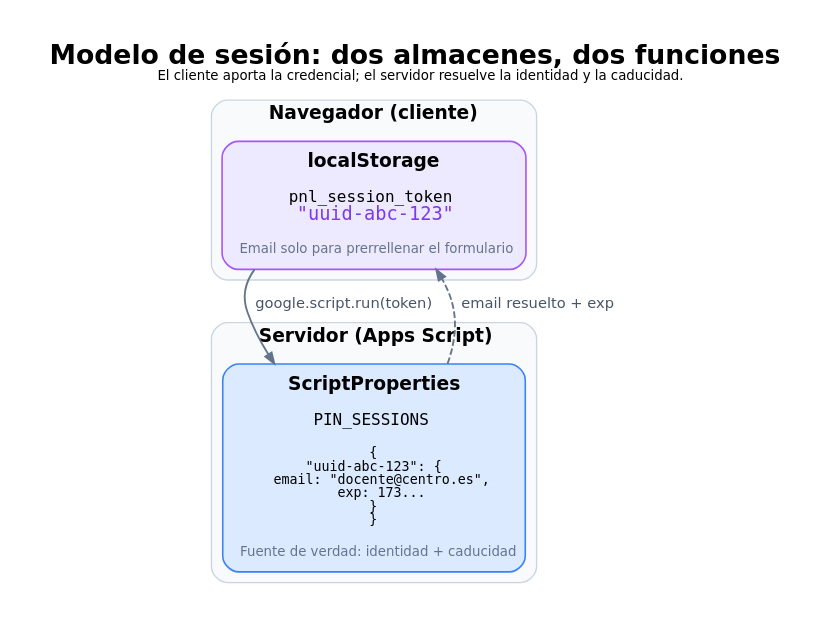
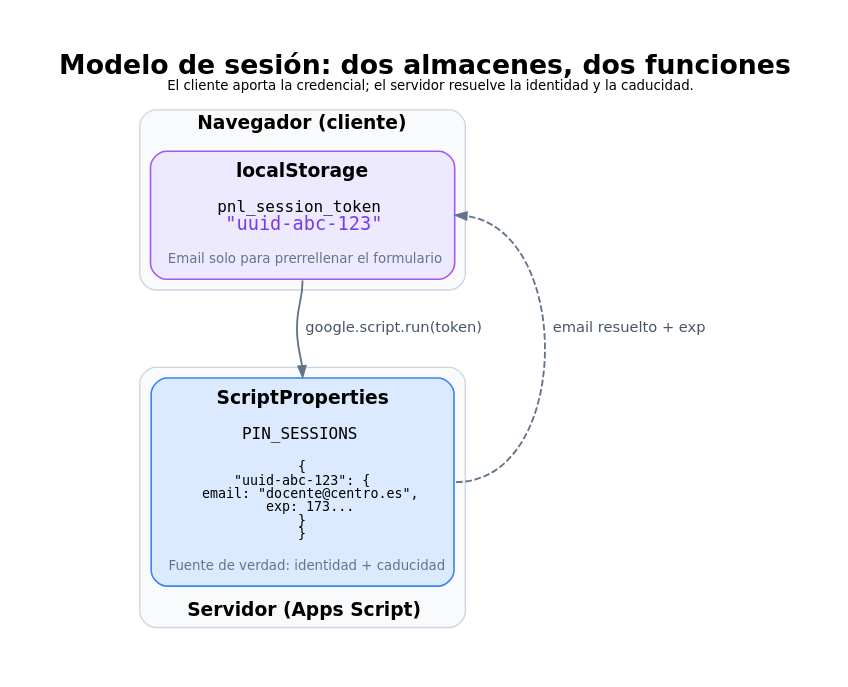
One commit to pfelipm/panel-dedicacion-no-lectiva changed the diagram in docs/images/session-model.dot. Above: the diagram before and after it, drawn with Graphviz. The commit also changed 5 other files, not shown here.

First line of the commit message:
docs: pulir banner y diagramas del README

```diff
--- a/docs/images/session-model.dot
+++ b/docs/images/session-model.dot
@@ -1,56 +1,60 @@
 digraph SessionModel {
   graph [
     rankdir=TB,
     bgcolor="white",
-    pad="0.30",
-    nodesep="0.45",
-    ranksep="0.55",
+    pad="0.40",
+    nodesep="0.50",
+    ranksep="0.85",
     fontname="DejaVu Sans",
     label=<<B>Modelo de sesión: dos almacenes, dos funciones</B><BR/><FONT POINT-SIZE="10">El cliente aporta la credencial; el servidor resuelve la identidad y la caducidad.</FONT>>,
     labelloc="t",
     fontsize=20
   ];
 
   node [
     shape=box,
     style="rounded,filled",
     fontname="DejaVu Sans",
     fontsize=14,
     margin="0.18,0.12",
     penwidth=1.2
   ];
 
   edge [
     color="#64748b",
     penwidth=1.4,
     arrowsize=0.8,
     fontname="DejaVu Sans",
     fontsize=11,
     fontcolor="#475569"
   ];
 
   subgraph cluster_client {
     label=<<B>Navegador (cliente)</B>>;
+    labelloc="t";
+    labeljust="c";
     fontname="DejaVu Sans";
     fontsize=14;
     color="#cbd5e1";
     style="rounded";
     bgcolor="#f8fafc";
 
     local [label=<<B>localStorage</B><BR/><BR/><FONT FACE="DejaVu Sans Mono" POINT-SIZE="12">pnl_session_token</FONT><BR/><FONT FACE="DejaVu Sans Mono" COLOR="#7c3aed" POINT-SIZE="14">"uuid-abc-123"</FONT><BR/><BR/><FONT POINT-SIZE="10" COLOR="#64748b">Email solo para prerrellenar el formulario</FONT>>, fillcolor="#ede9fe", color="#a855f7"];
   }
 
   subgraph cluster_server {
     label=<<B>Servidor (Apps Script)</B>>;
+    labelloc="b";
+    labeljust="c";
     fontname="DejaVu Sans";
     fontsize=14;
     color="#cbd5e1";
     style="rounded";
     bgcolor="#f8fafc";
 
     props [label=<<B>ScriptProperties</B><BR/><BR/><FONT FACE="DejaVu Sans Mono" POINT-SIZE="12">PIN_SESSIONS</FONT><BR/><BR/><FONT FACE="DejaVu Sans Mono" POINT-SIZE="10">{<BR/>  "uuid-abc-123": {<BR/>    email: "docente@centro.es",<BR/>    exp: 173...<BR/>  }<BR/>}</FONT><BR/><BR/><FONT POINT-SIZE="10" COLOR="#64748b">Fuente de verdad: identidad + caducidad</FONT>>, fillcolor="#dbeafe", color="#3b82f6"];
   }
 
-  local -> props [label="  google.script.run(token)  "];
-  props -> local [label="  email resuelto + exp  ", style=dashed];
+  local:s -> props:n [label="  google.script.run(token)  ", labeljust="l"];
+  props:e -> local:e [label="  email resuelto + exp  ", style=dashed, constraint=false, labeljust="r"];
 }
```
